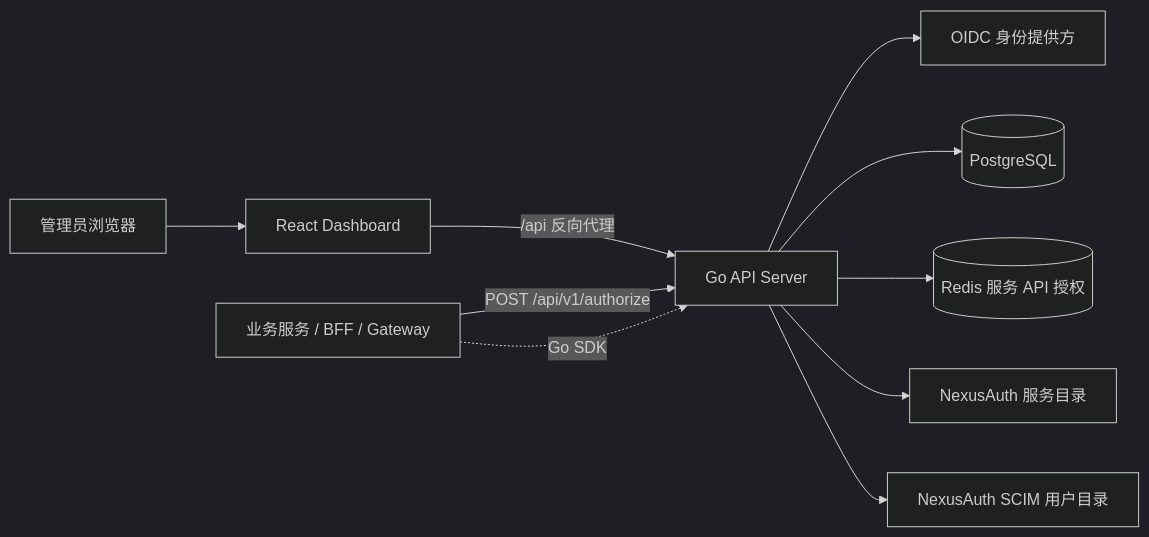
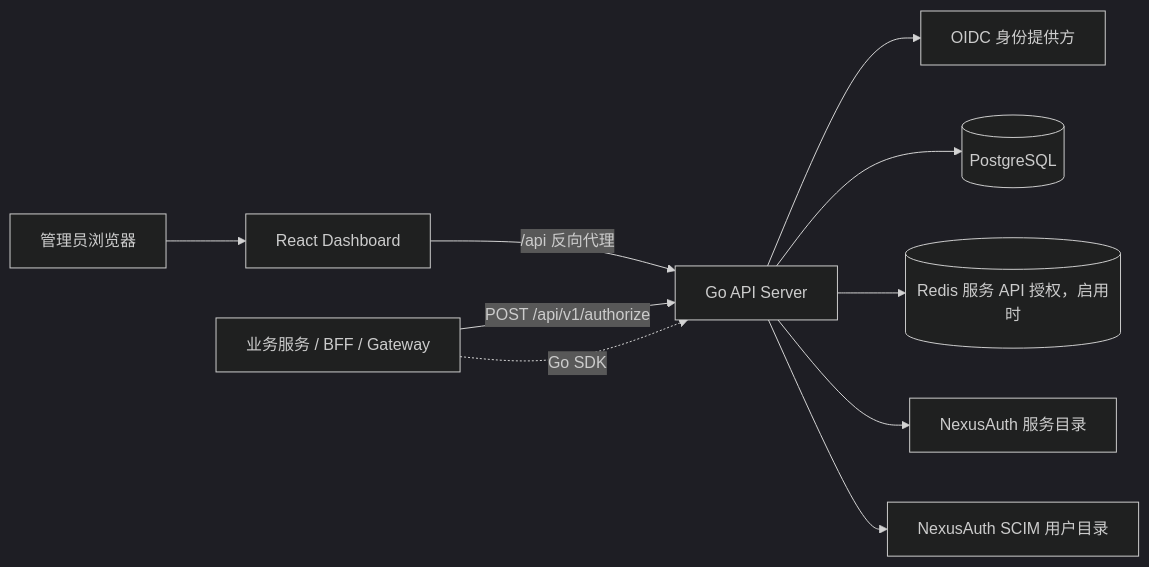
The first of 2 diagrams in doc/system-design.md (Zevlune/NexusAuthorization), drawn with Mermaid (dark theme) before and after one commit. The commit also changed other lines of this file and 15 other files, not shown here.

````diff
--- a/doc/system-design.md
+++ b/doc/system-design.md
@@ -26,12 +26,12 @@
 ```mermaid
 flowchart LR
     Admin[管理员浏览器] --> Dashboard[React Dashboard]
     Dashboard -->|/api 反向代理| API[Go API Server]
     API --> Auth[OIDC 身份提供方]
     API --> PG[(PostgreSQL)]
-    API --> Redis[(Redis 服务 API 授权)]
+    API --> Redis[(Redis 服务 API 授权，启用时)]
     API --> Catalog[NexusAuth 服务目录]
     API --> SCIM[NexusAuth SCIM 用户目录]
     Service[业务服务 / BFF / Gateway] -->|POST /api/v1/authorize| API
     Service -.Go SDK.-> API
 ```
````
